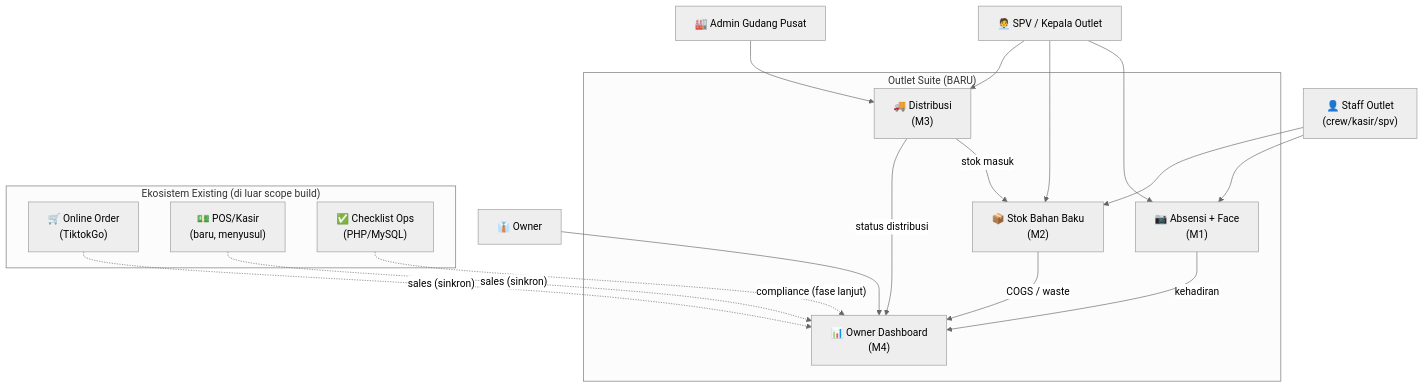
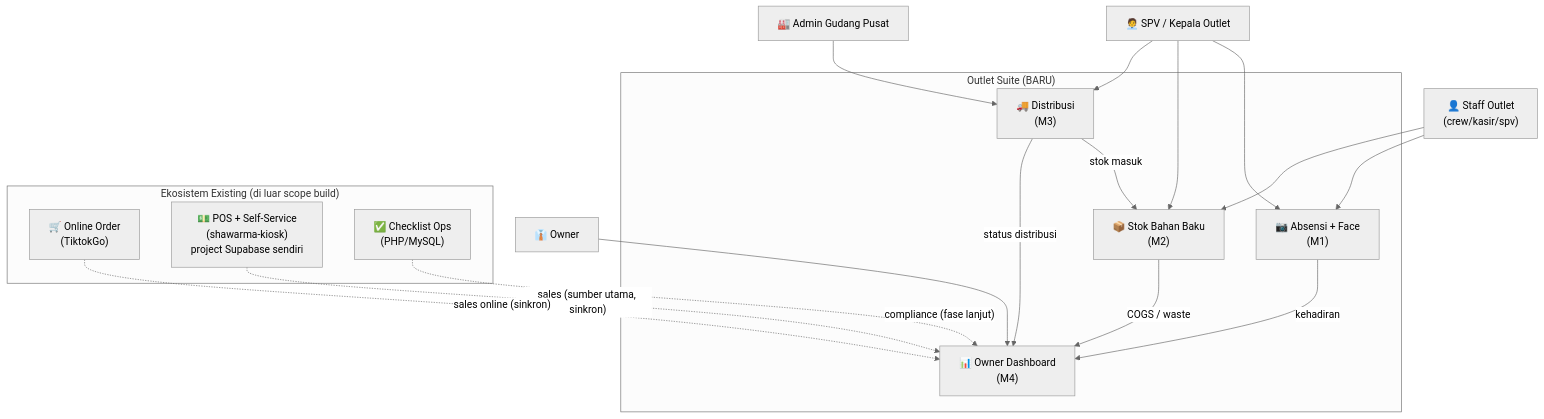
One commit to dev-sukashawarma/DIGITALISASI-SS-PROJECT changed the first of 6 diagrams in docs/ARCHITECTURE.md. Above: the diagram before and after it, drawn with Mermaid (neutral theme). The commit also changed 4 other files, not shown here.

First line of the commit message:
docs: shawarma-kiosk = POS/self-service resmi & sumber sales M4 (3 project Supabase)

````diff
--- a/docs/ARCHITECTURE.md
+++ b/docs/ARCHITECTURE.md
@@ -10,36 +10,36 @@
 ```mermaid
 flowchart TB
     staff["👤 Staff Outlet<br/>(crew/kasir/spv)"]
     spv["🧑‍💼 SPV / Kepala Outlet"]
     gudang["🏭 Admin Gudang Pusat"]
     owner["👔 Owner"]
 
     subgraph SUITE["Outlet Suite (BARU)"]
         m1["📷 Absensi + Face<br/>(M1)"]
         m2["📦 Stok Bahan Baku<br/>(M2)"]
         m3["🚚 Distribusi<br/>(M3)"]
         m4["📊 Owner Dashboard<br/>(M4)"]
     end
 
     subgraph EXIST["Ekosistem Existing (di luar scope build)"]
         online["🛒 Online Order<br/>(TiktokGo)"]
-        pos["💵 POS/Kasir<br/>(baru, menyusul)"]
+        pos["💵 POS + Self-Service<br/>(shawarma-kiosk)<br/>project Supabase sendiri"]
         checklist["✅ Checklist Ops<br/>(PHP/MySQL)"]
     end
 
     staff --> m1
     staff --> m2
     spv --> m1
     spv --> m2
     spv --> m3
     gudang --> m3
     owner --> m4
 
     m3 -->|"stok masuk"| m2
     m2 -->|"COGS / waste"| m4
     m1 -->|"kehadiran"| m4
     m3 -->|"status distribusi"| m4
-    online -.->|"sales (sinkron)"| m4
-    pos -.->|"sales (sinkron)"| m4
+    pos -.->|"sales (sumber utama, sinkron)"| m4
+    online -.->|"sales online (sinkron)"| m4
     checklist -.->|"compliance (fase lanjut)"| m4
 ```
````
